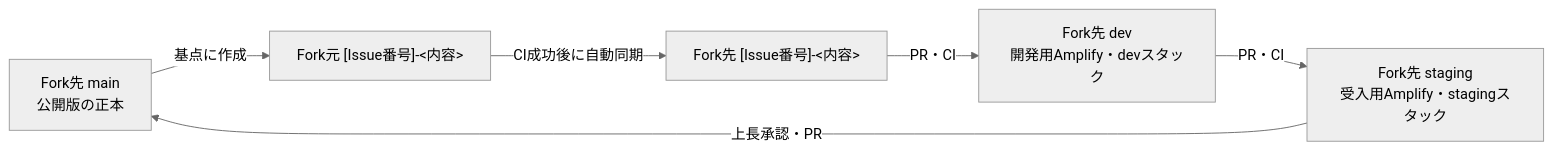
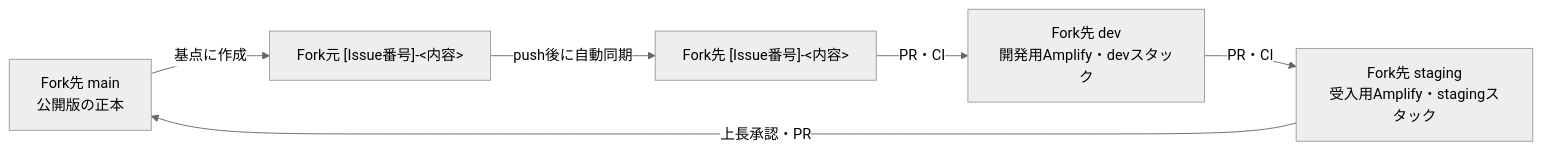
Before and after one commit to DaisukeShirai/RENO: the diagram in docs/workflows/environment-workflow.md, drawn with Mermaid (neutral theme). The commit also changed other lines of this file and 3 other files, not shown here.

````diff
--- a/docs/workflows/environment-workflow.md
+++ b/docs/workflows/environment-workflow.md
@@ -22,8 +22,8 @@
 ```mermaid
 flowchart LR
   FM["Fork先 main\n公開版の正本"] -->|"基点に作成"| OF["Fork元 [Issue番号]-<内容>"]
-  OF -->|"CI成功後に自動同期"| FF["Fork先 [Issue番号]-<内容>"]
+  OF -->|"push後に自動同期"| FF["Fork先 [Issue番号]-<内容>"]
   FF -->|"PR・CI"| D["Fork先 dev\n開発用Amplify・devスタック"]
   D -->|"PR・CI"| S["Fork先 staging\n受入用Amplify・stagingスタック"]
   S -->|"上長承認・PR"| FM
 ```
````
